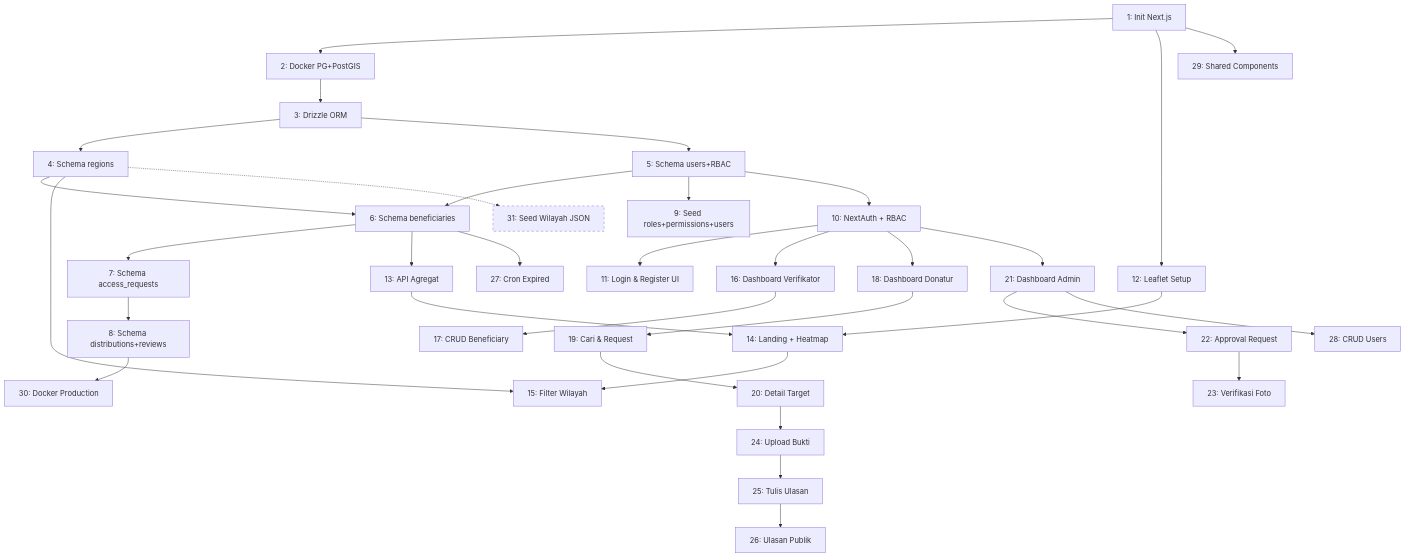
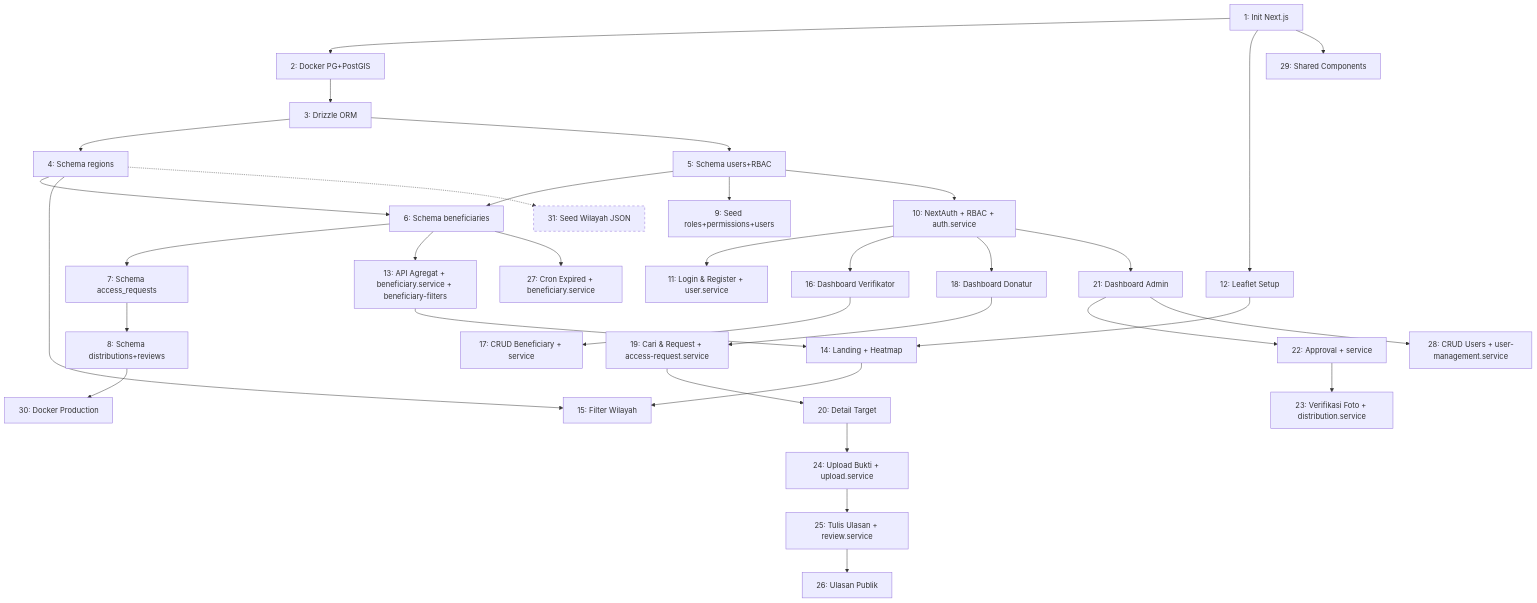
The diagram in agent/implementation.md (mhmmdrdhiansyah/sedekahmap), drawn with Mermaid before and after one commit. The commit also changed other lines of this file and 9 other files, not shown here.

First line of the commit message:
refactor: Implement Service Layer (Layered Architecture)

````diff
--- a/agent/implementation.md
+++ b/agent/implementation.md
@@ -381,47 +550,47 @@
 ```mermaid
 graph TD
     S1[1: Init Next.js] --> S2[2: Docker PG+PostGIS]
     S2 --> S3[3: Drizzle ORM]
     S3 --> S4[4: Schema regions]
     S3 --> S5[5: Schema users+RBAC]
     S4 --> S6[6: Schema beneficiaries]
     S5 --> S6
     S6 --> S7[7: Schema access_requests]
     S7 --> S8[8: Schema distributions+reviews]
     S5 --> S9[9: Seed roles+permissions+users]
-    
-    S5 --> S10[10: NextAuth + RBAC]
-    S10 --> S11[11: Login & Register UI]
-    
+
+    S5 --> S10[10: NextAuth + RBAC + auth.service]
+    S10 --> S11[11: Login & Register + user.service]
+
     S1 --> S12[12: Leaflet Setup]
-    S6 --> S13[13: API Agregat]
+    S6 --> S13[13: API Agregat + beneficiary.service + beneficiary-filters]
     S12 --> S14[14: Landing + Heatmap]
     S13 --> S14
     S4 --> S15[15: Filter Wilayah]
     S14 --> S15
-    
+
     S10 --> S16[16: Dashboard Verifikator]
-    S16 --> S17[17: CRUD Beneficiary]
-    
+    S16 --> S17[17: CRUD Beneficiary + service]
+
     S10 --> S18[18: Dashboard Donatur]
-    S18 --> S19[19: Cari & Request]
+    S18 --> S19[19: Cari & Request + access-request.service]
     S19 --> S20[20: Detail Target]
-    
+
     S10 --> S21[21: Dashboard Admin]
-    S21 --> S22[22: Approval Request]
-    S22 --> S23[23: Verifikasi Foto]
-    
-    S20 --> S24[24: Upload Bukti]
-    S24 --> S25[25: Tulis Ulasan]
+    S21 --> S22[22: Approval + service]
+    S22 --> S23[23: Verifikasi Foto + distribution.service]
+
+    S20 --> S24[24: Upload Bukti + upload.service]
+    S24 --> S25[25: Tulis Ulasan + review.service]
     S25 --> S26[26: Ulasan Publik]
-    
-    S6 --> S27[27: Cron Expired]
-    S21 --> S28[28: CRUD Users]
-    
+
+    S6 --> S27[27: Cron Expired + beneficiary.service]
+    S21 --> S28[28: CRUD Users + user-management.service]
+
     S1 --> S29[29: Shared Components]
     S8 --> S30[30: Docker Production]
-    
+
     S4 -.-> S31[31: Seed Wilayah JSON]
 
     style S31 stroke-dasharray: 5 5
 ```
````
